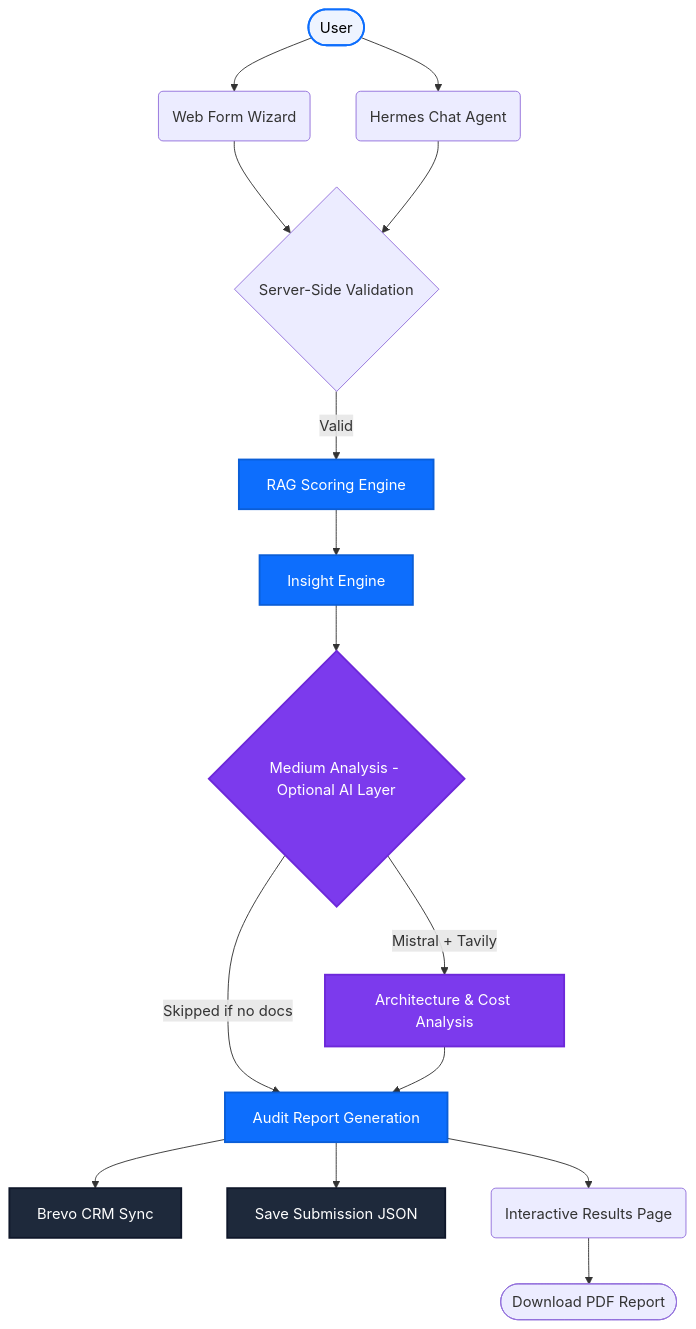
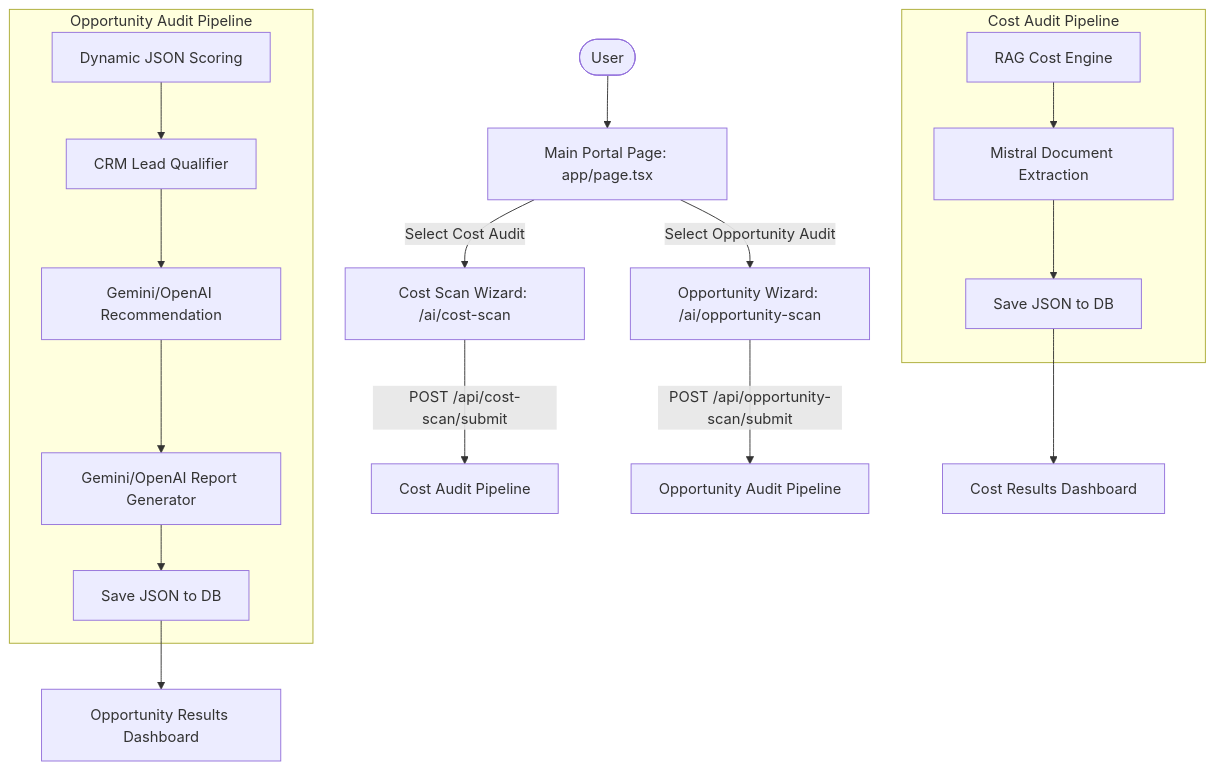
Before and after one commit to SpearmintTechnolgies/pixel-punch-Audit: the diagram in README.md, drawn with Mermaid. The commit also changed other lines of this file and 5 other files, not shown here.

````diff
--- a/README.md
+++ b/README.md
@@ -27,29 +35,24 @@
 ```mermaid
 graph TD
-    classDef user     fill:#eef4ff,stroke:#0d6efd,stroke-width:2px,color:#000
-    classDef engine   fill:#0d6efd,stroke:#0b5ed7,stroke-width:2px,color:#fff
-    classDef ai       fill:#7c3aed,stroke:#6d28d9,stroke-width:2px,color:#fff
-    classDef backend  fill:#1e293b,stroke:#0f172a,stroke-width:2px,color:#fff
-
-    A([User]) --> B(Web Form Wizard)
-    A         --> C(Hermes Chat Agent)
-
-    B --> D{Server-Side Validation}
-    C --> D
-
-    D -->|Valid| E[RAG Scoring Engine]:::engine
-    E --> F[Insight Engine]:::engine
-
-    F --> G{Medium Analysis - Optional AI Layer}:::ai
-    G -->|Mistral + Tavily| H[Architecture & Cost Analysis]:::ai
-    G -->|Skipped if no docs| I[Audit Report Generation]:::engine
-
-    H --> I
-    I --> J[Brevo CRM Sync]:::backend
-    I --> K[Save Submission JSON]:::backend
-    I --> L(Interactive Results Page)
-
-    L --> M([Download PDF Report])
-
-    class A user;
+    A([User]) --> B[Main Portal Page: app/page.tsx]
+    B -->|Select Cost Audit| C[Cost Scan Wizard: /ai/cost-scan]
+    B -->|Select Opportunity Audit| D[Opportunity Wizard: /ai/opportunity-scan]
+    
+    C -->|POST /api/cost-scan/submit| E[Cost Audit Pipeline]
+    D -->|POST /api/opportunity-scan/submit| F[Opportunity Audit Pipeline]
+    
+    subgraph Cost Audit Pipeline
+        E1[RAG Cost Engine] --> E2[Mistral Document Extraction]
+        E2 --> E3[Save JSON to DB]
+    end
+    
+    subgraph Opportunity Audit Pipeline
+        F1[Dynamic JSON Scoring] --> F2[CRM Lead Qualifier]
+        F2 --> F3[Gemini/OpenAI Recommendation]
+        F3 --> F4[Gemini/OpenAI Report Generator]
+        F4 --> F5[Save JSON to DB]
+    end
+    
+    E3 --> G[Cost Results Dashboard]
+    F5 --> H[Opportunity Results Dashboard]
 ```
````
